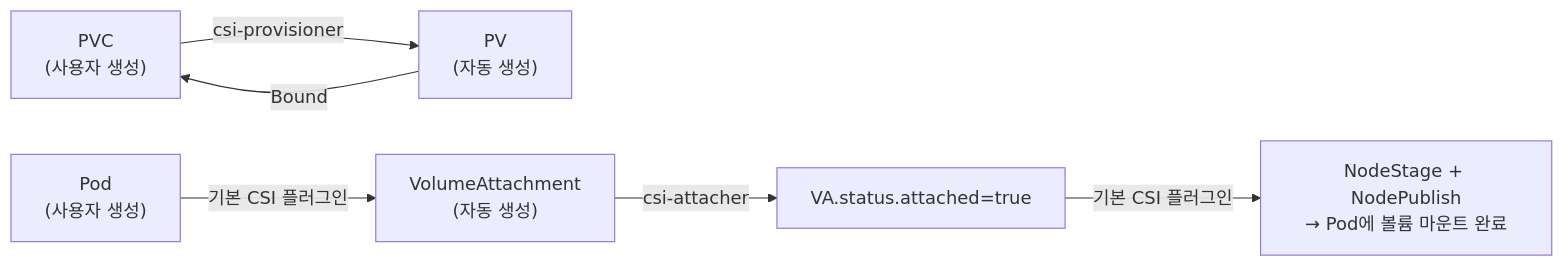
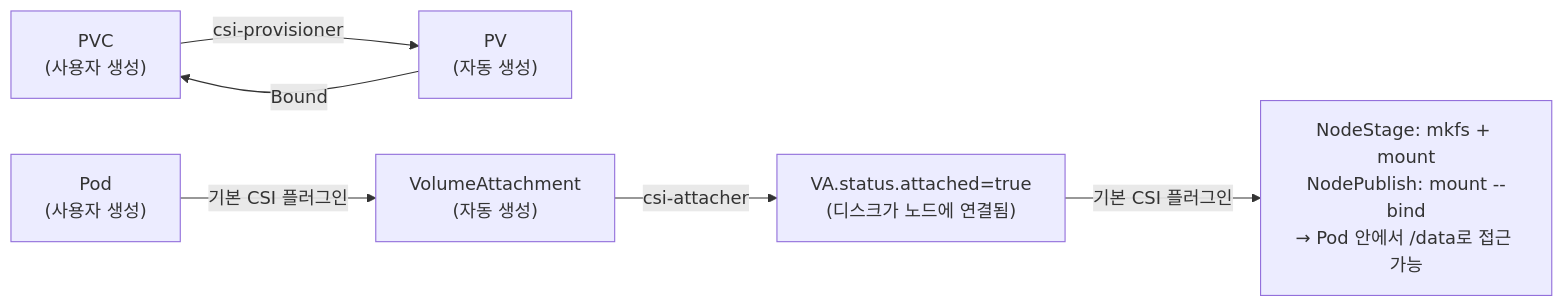
Before and after one commit to bianbbc87/bianbbc87.github.io: the fourth of 5 diagrams in _posts/2026-04-04-csi-driver-01.md, drawn with Mermaid. The commit also changed other lines of this file, not shown here.

````diff
--- a/_posts/2026-04-04-csi-driver-01.md
+++ b/_posts/2026-04-04-csi-driver-01.md
@@ -395,8 +405,8 @@
 ```mermaid
 graph LR
     PVC["PVC<br/>(사용자 생성)"] -->|csi-provisioner| PV["PV<br/>(자동 생성)"]
     PV -->|Bound| PVC
     Pod["Pod<br/>(사용자 생성)"] -->|기본 CSI 플러그인| VA["VolumeAttachment<br/>(자동 생성)"]
-    VA -->|csi-attacher| VA2["VA.status.attached=true"]
-    VA2 -->|기본 CSI 플러그인| Mount["NodeStage + NodePublish<br/>→ Pod에 볼륨 마운트 완료"]
+    VA -->|csi-attacher| VA2["VA.status.attached=true<br/>(디스크가 노드에 연결됨)"]
+    VA2 -->|기본 CSI 플러그인| Mount["NodeStage: mkfs + mount<br/>NodePublish: mount --bind<br/>→ Pod 안에서 /data로 접근 가능"]
 ```
````
